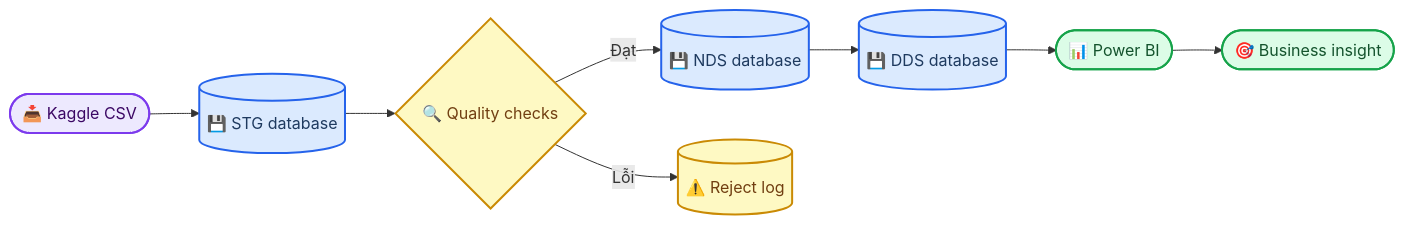
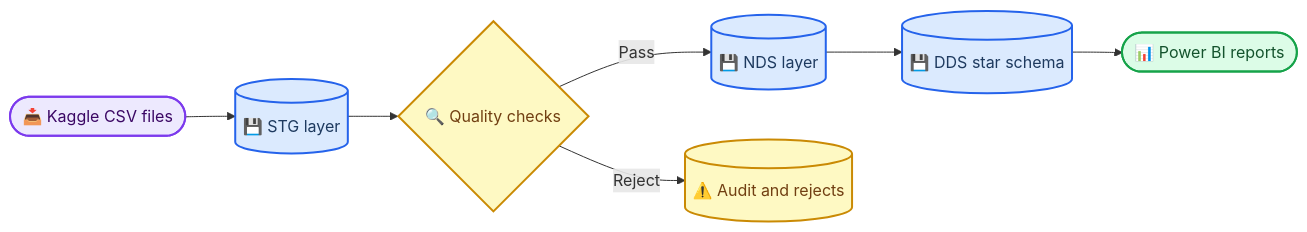
The diagram in README.md (TheHien04/Home-Credit), drawn with Mermaid before and after one commit. The commit also changed other lines of this file and 6 other files, not shown here.

````diff
--- a/README.md
+++ b/README.md
@@ -35,23 +28,22 @@
 ```mermaid
 flowchart LR
-    accTitle: Home Credit BI Architecture
-    accDescr: Dữ liệu CSV từ Kaggle đi qua vùng staging, kho dữ liệu chuẩn hóa NDS, kho dữ liệu chiều DDS và được trình bày trên Power BI.
+    accTitle: Home Credit BI Pipeline
+    accDescr: Home Credit CSV files move through staging, data-quality validation, normalized storage, a dimensional warehouse, and Power BI reporting while failed records are retained in an audit path.
 
-    source([📥 Kaggle CSV]) --> staging[(💾 STG database)]
-    staging --> quality{🔍 Quality checks}
-    quality -->|Đạt| nds[(💾 NDS database)]
-    quality -->|Lỗi| reject[(⚠️ Reject log)]
-    nds --> dds[(💾 DDS database)]
-    dds --> dashboard([📊 Power BI])
-    dashboard --> decision([🎯 Business insight])
+    source(["📥 Kaggle CSV files"]) --> staging[("💾 STG layer")]
+    staging --> quality{"🔍 Quality checks"}
+    quality -->|Pass| nds[("💾 NDS layer")]
+    quality -->|Reject| audit[("⚠️ Audit and rejects")]
+    nds --> dds[("💾 DDS star schema")]
+    dds --> dashboard(["📊 Power BI reports"])
 
-    classDef source_style fill:#ede9fe,stroke:#7c3aed,stroke-width:2px,color:#3b0764
-    classDef data_style fill:#dbeafe,stroke:#2563eb,stroke-width:2px,color:#1e3a5f
-    classDef warning_style fill:#fef9c3,stroke:#ca8a04,stroke-width:2px,color:#713f12
-    classDef output_style fill:#dcfce7,stroke:#16a34a,stroke-width:2px,color:#14532d
+    classDef input fill:#ede9fe,stroke:#7c3aed,stroke-width:2px,color:#3b0764
+    classDef data fill:#dbeafe,stroke:#2563eb,stroke-width:2px,color:#1e3a5f
+    classDef warning fill:#fef9c3,stroke:#ca8a04,stroke-width:2px,color:#713f12
+    classDef output fill:#dcfce7,stroke:#16a34a,stroke-width:2px,color:#14532d
 
-    class source source_style
-    class staging,nds,dds data_style
-    class quality,reject warning_style
-    class dashboard,decision output_style
+    class source input
+    class staging,nds,dds data
+    class quality,audit warning
+    class dashboard output
 ```
````
